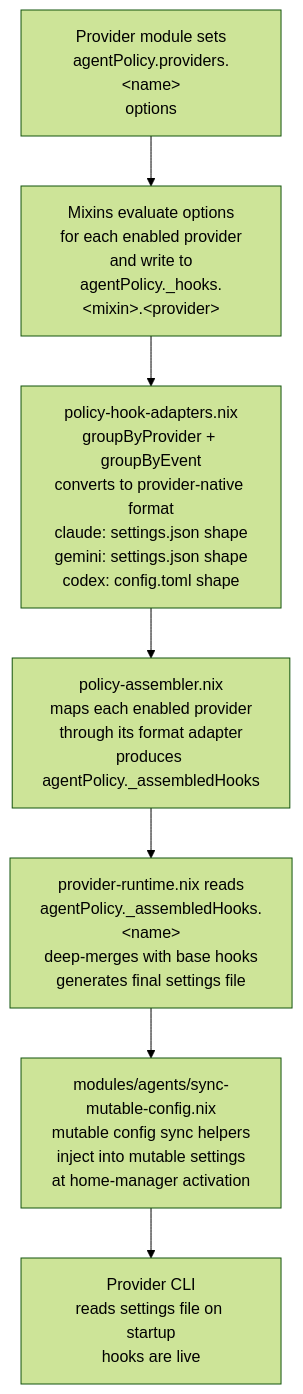
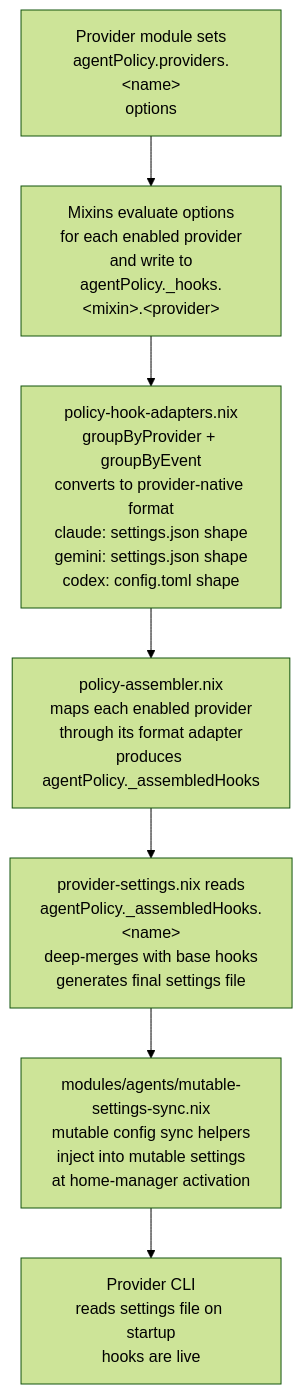
Before and after one commit to vanillacake369/tonys-nix: the diagram in docs/architecture/agent-policy-contract.md, drawn with Mermaid (forest theme). The commit also changed other lines of this file and 6 other files, not shown here.

Commit message:
docs : agents > update settings module names

````diff
--- a/docs/architecture/agent-policy-contract.md
+++ b/docs/architecture/agent-policy-contract.md
@@ -155,23 +155,23 @@
 ```mermaid
 flowchart TD
     A["Provider module sets\nagentPolicy.providers.&lt;name&gt;\noptions"]
 
     B["Mixins evaluate options\nfor each enabled provider\nand write to\nagentPolicy._hooks.&lt;mixin&gt;.&lt;provider&gt;"]
 
     C["policy-hook-adapters.nix\ngroupByProvider + groupByEvent\nconverts to provider-native format\nclaude: settings.json shape\ngemini: settings.json shape\ncodex: config.toml shape"]
 
     D["policy-assembler.nix\nmaps each enabled provider\nthrough its format adapter\nproduces agentPolicy._assembledHooks"]
 
-    E["provider-runtime.nix reads\nagentPolicy._assembledHooks.&lt;name&gt;\ndeep-merges with base hooks\ngenerates final settings file"]
+    E["provider-settings.nix reads\nagentPolicy._assembledHooks.&lt;name&gt;\ndeep-merges with base hooks\ngenerates final settings file"]
 
-    F["modules/agents/sync-mutable-config.nix\nmutable config sync helpers\ninject into mutable settings\nat home-manager activation"]
+    F["modules/agents/mutable-settings-sync.nix\nmutable config sync helpers\ninject into mutable settings\nat home-manager activation"]
 
     G["Provider CLI\nreads settings file on startup\nhooks are live"]
 
     A --> B
     B --> C
     C --> D
     D --> E
     E --> F
     F --> G
 ```
````
